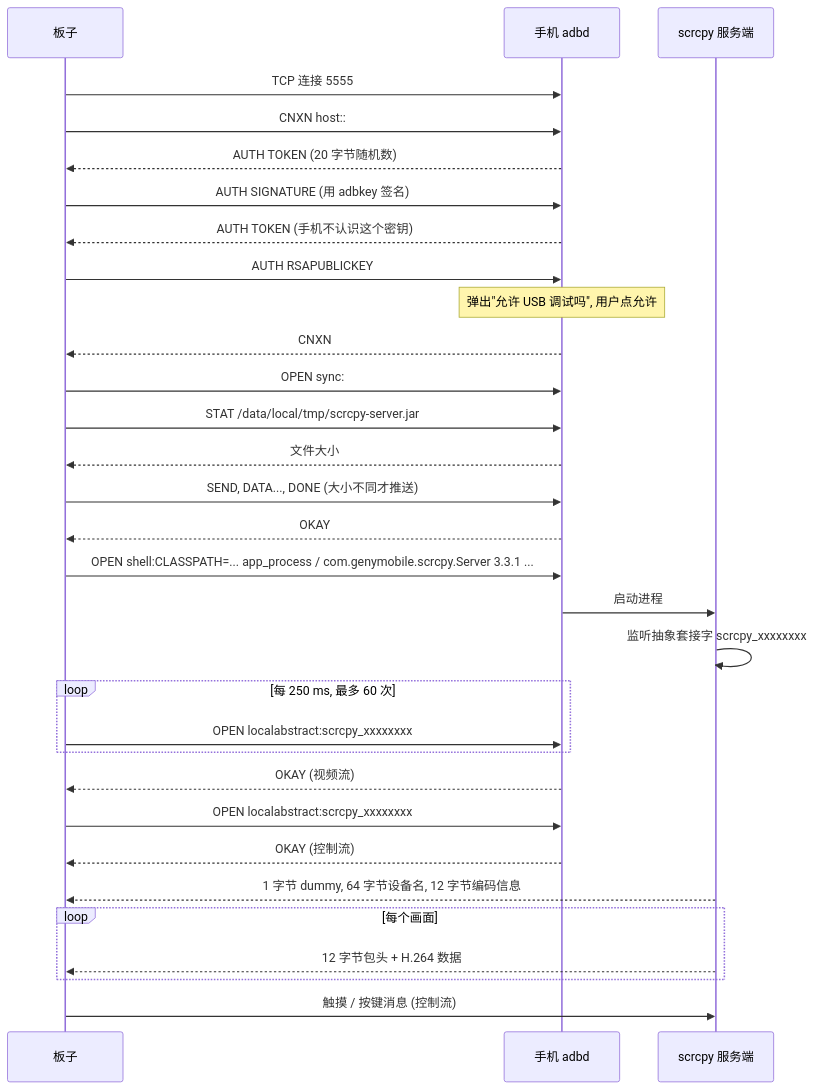
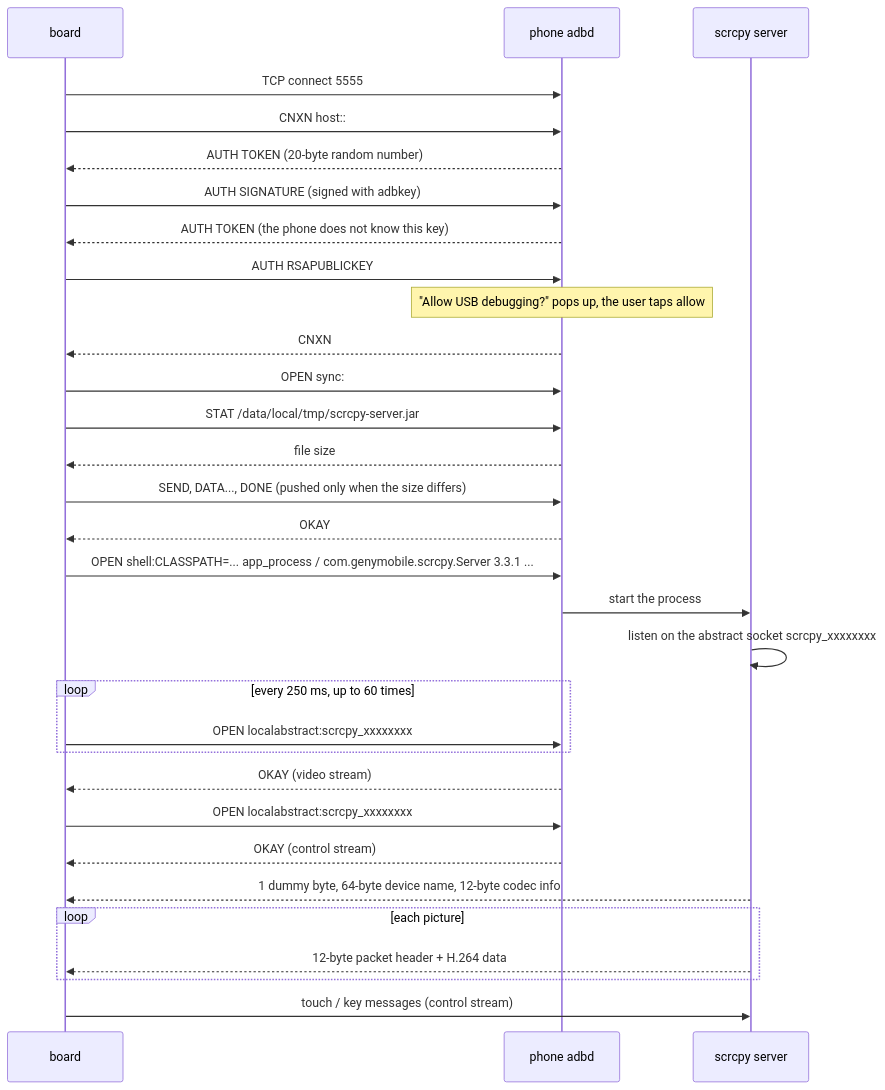
One commit to YuzukiHD/YuzukiNeko changed the third of 5 diagrams in docs/src/content/docs/dev/zephyr/apps/android-mirror.md. Above: the diagram before and after it, drawn with Mermaid. The commit also changed other lines of this file and 216 other files, not shown here.

````diff
--- a/docs/src/content/docs/dev/zephyr/apps/android-mirror.md
+++ b/docs/src/content/docs/dev/zephyr/apps/android-mirror.md
@@ -574,33 +574,33 @@
 ```mermaid
 sequenceDiagram
-    participant B as 板子
-    participant A as 手机 adbd
-    participant S as scrcpy 服务端
-    B->>A: TCP 连接 5555
+    participant B as board
+    participant A as phone adbd
+    participant S as scrcpy server
+    B->>A: TCP connect 5555
     B->>A: CNXN host::
-    A-->>B: AUTH TOKEN (20 字节随机数)
-    B->>A: AUTH SIGNATURE (用 adbkey 签名)
-    A-->>B: AUTH TOKEN (手机不认识这个密钥)
+    A-->>B: AUTH TOKEN (20-byte random number)
+    B->>A: AUTH SIGNATURE (signed with adbkey)
+    A-->>B: AUTH TOKEN (the phone does not know this key)
     B->>A: AUTH RSAPUBLICKEY
-    Note over A: 弹出"允许 USB 调试吗", 用户点允许
+    Note over A: "Allow USB debugging?" pops up, the user taps allow
     A-->>B: CNXN
     B->>A: OPEN sync:
     B->>A: STAT /data/local/tmp/scrcpy-server.jar
-    A-->>B: 文件大小
-    B->>A: SEND, DATA..., DONE (大小不同才推送)
+    A-->>B: file size
+    B->>A: SEND, DATA..., DONE (pushed only when the size differs)
     A-->>B: OKAY
     B->>A: OPEN shell:CLASSPATH=... app_process / com.genymobile.scrcpy.Server 3.3.1 ...
-    A->>S: 启动进程
-    S->>S: 监听抽象套接字 scrcpy_xxxxxxxx
-    loop 每 250 ms, 最多 60 次
+    A->>S: start the process
+    S->>S: listen on the abstract socket scrcpy_xxxxxxxx
+    loop every 250 ms, up to 60 times
         B->>A: OPEN localabstract:scrcpy_xxxxxxxx
     end
-    A-->>B: OKAY (视频流)
+    A-->>B: OKAY (video stream)
     B->>A: OPEN localabstract:scrcpy_xxxxxxxx
-    A-->>B: OKAY (控制流)
-    S-->>B: 1 字节 dummy, 64 字节设备名, 12 字节编码信息
-    loop 每个画面
-        S-->>B: 12 字节包头 + H.264 数据
+    A-->>B: OKAY (control stream)
+    S-->>B: 1 dummy byte, 64-byte device name, 12-byte codec info
+    loop each picture
+        S-->>B: 12-byte packet header + H.264 data
     end
-    B->>S: 触摸 / 按键消息 (控制流)
+    B->>S: touch / key messages (control stream)
 ```
````
